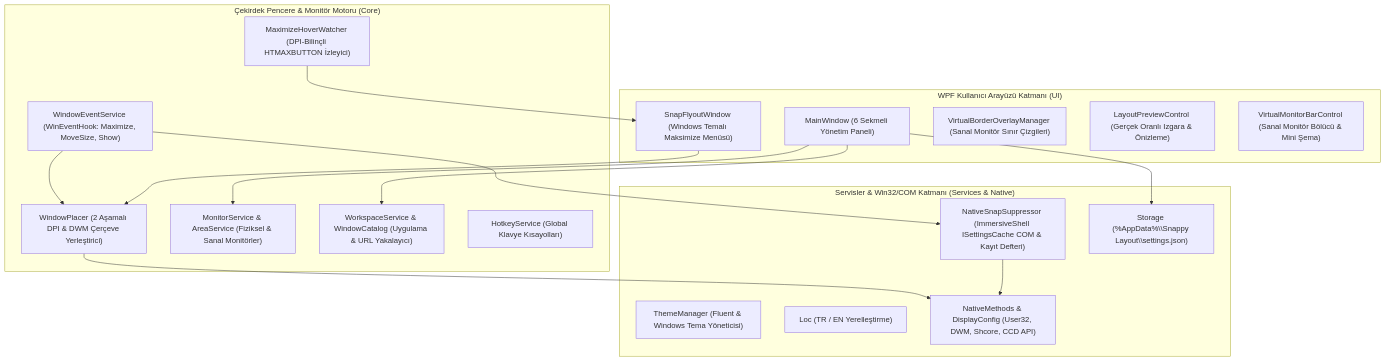
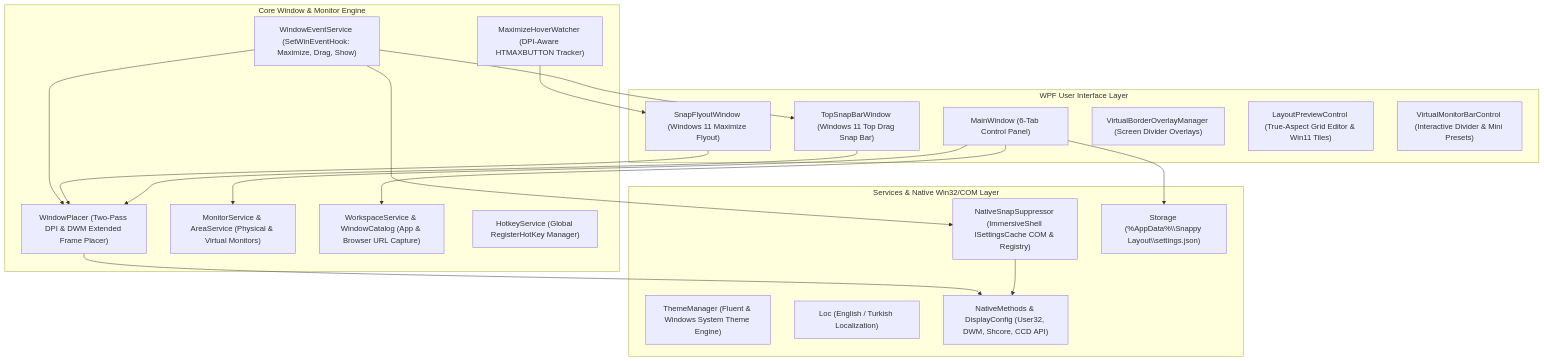
Before and after one commit to yusufkilinc44/SnappyLayouts: the diagram in README.md, drawn with Mermaid. The commit also changed other lines of this file and 7 other files, not shown here.

````diff
--- a/README.md
+++ b/README.md
@@ -62,37 +57,40 @@
 ```mermaid
 flowchart TD
-    subgraph UI["WPF Kullanıcı Arayüzü Katmanı (UI)"]
-        MW["MainWindow (6 Sekmeli Yönetim Paneli)"]
-        SF["SnapFlyoutWindow (Windows Temalı Maksimize Menüsü)"]
-        VBO["VirtualBorderOverlayManager (Sanal Monitör Sınır Çizgileri)"]
-        LPC["LayoutPreviewControl (Gerçek Oranlı Izgara & Önizleme)"]
-        VMB["VirtualMonitorBarControl (Sanal Monitör Bölücü & Mini Şema)"]
+    subgraph UI["WPF User Interface Layer"]
+        MW["MainWindow (6-Tab Control Panel)"]
+        SF["SnapFlyoutWindow (Windows 11 Maximize Flyout)"]
+        TSB["TopSnapBarWindow (Windows 11 Top Drag Snap Bar)"]
+        VBO["VirtualBorderOverlayManager (Screen Divider Overlays)"]
+        LPC["LayoutPreviewControl (True-Aspect Grid Editor & Win11 Tiles)"]
+        VMB["VirtualMonitorBarControl (Interactive Divider & Mini Presets)"]
     end
 
-    subgraph Core["Çekirdek Pencere & Monitör Motoru (Core)"]
-        MHW["MaximizeHoverWatcher (DPI-Bilinçli HTMAXBUTTON İzleyici)"]
-        WES["WindowEventService (WinEventHook: Maximize, MoveSize, Show)"]
-        WP["WindowPlacer (2 Aşamalı DPI & DWM Çerçeve Yerleştirici)"]
-        MS["MonitorService & AreaService (Fiziksel & Sanal Monitörler)"]
-        WS["WorkspaceService & WindowCatalog (Uygulama & URL Yakalayıcı)"]
-        HKS["HotkeyService (Global Klavye Kısayolları)"]
+    subgraph Core["Core Window & Monitor Engine"]
+        MHW["MaximizeHoverWatcher (DPI-Aware HTMAXBUTTON Tracker)"]
+        WES["WindowEventService (SetWinEventHook: Maximize, Drag, Show)"]
+        WP["WindowPlacer (Two-Pass DPI & DWM Extended Frame Placer)"]
+        MS["MonitorService & AreaService (Physical & Virtual Monitors)"]
+        WS["WorkspaceService & WindowCatalog (App & Browser URL Capture)"]
+        HKS["HotkeyService (Global RegisterHotKey Manager)"]
     end
 
-    subgraph Services["Servisler & Win32/COM Katmanı (Services & Native)"]
-        NSS["NativeSnapSuppressor (ImmersiveShell ISettingsCache COM & Kayıt Defteri)"]
-        TM["ThemeManager (Fluent & Windows Tema Yöneticisi)"]
-        LOC["Loc (TR / EN Yerelleştirme)"]
+    subgraph Services["Services & Native Win32/COM Layer"]
+        NSS["NativeSnapSuppressor (ImmersiveShell ISettingsCache COM & Registry)"]
+        TM["ThemeManager (Fluent & Windows System Theme Engine)"]
+        LOC["Loc (English / Turkish Localization)"]
         ST["Storage (%AppData%\\Snappy Layout\\settings.json)"]
         NM["NativeMethods & DisplayConfig (User32, DWM, Shcore, CCD API)"]
     end
 
     MHW --> SF
+    WES --> TSB
     WES --> WP
     WES --> NSS
     SF --> WP
+    TSB --> WP
     MW --> MS
     MW --> WS
     MW --> ST
     WP --> NM
     NSS --> NM
 ```
````
